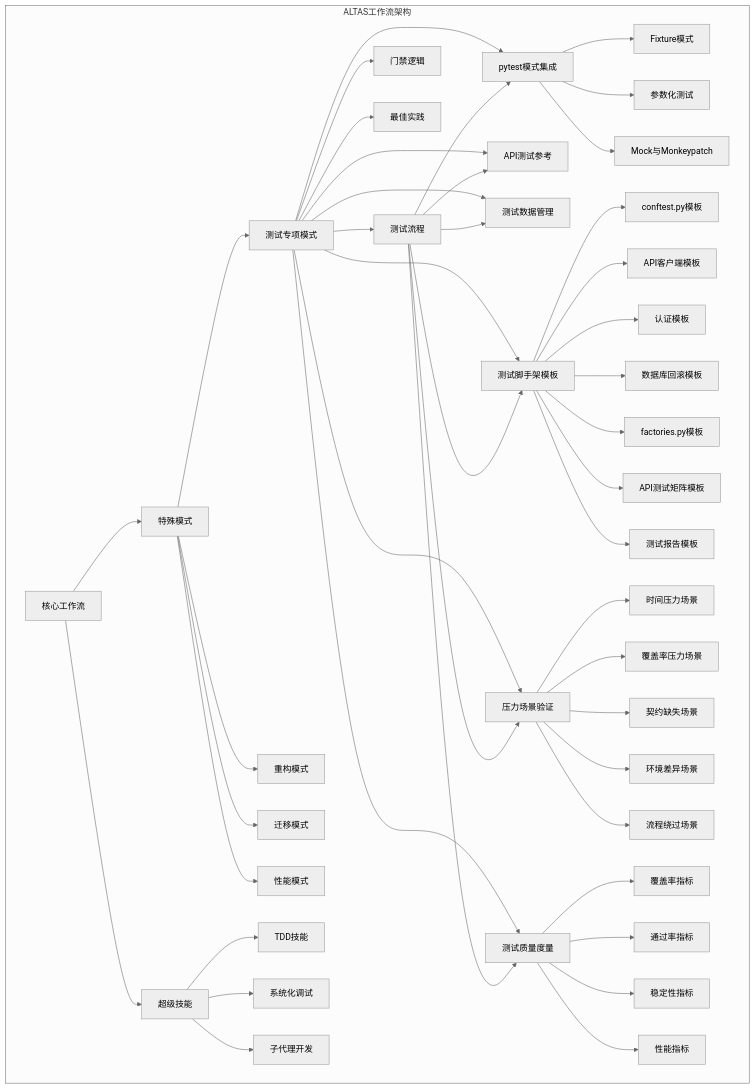
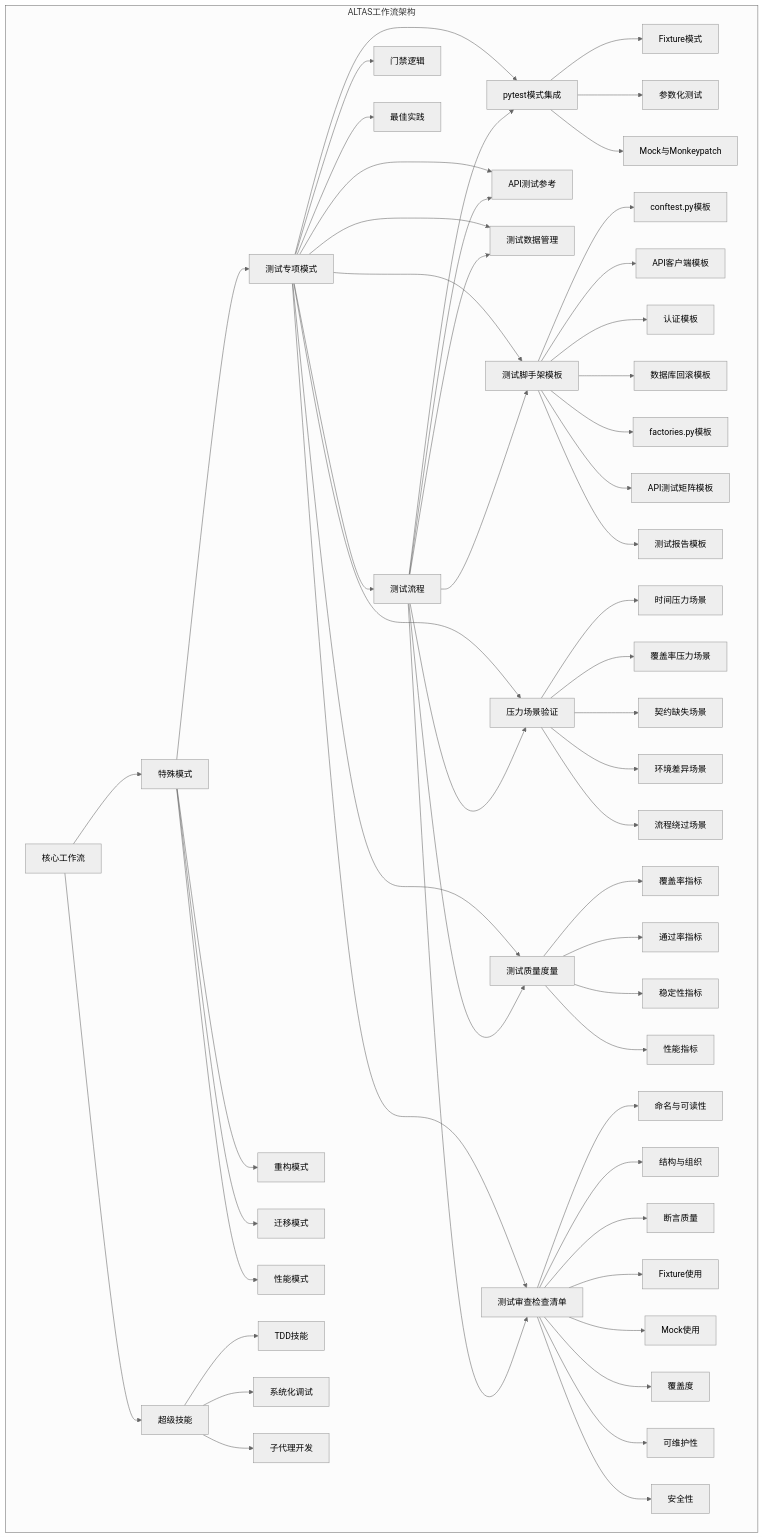
The first of 27 diagrams in .qoder/repowiki/zh/content/测试专项模式.md (AngelWings1997/altas), drawn with Mermaid (neutral theme) before and after one commit. The commit also changed other lines of this file and 16 other files, not shown here.

````diff
--- a/.qoder/repowiki/zh/content/测试专项模式.md
+++ b/.qoder/repowiki/zh/content/测试专项模式.md
@@ -66,48 +68,58 @@
 ```mermaid
 graph TB
 subgraph "ALTAS工作流架构"
 A[核心工作流] --> B[特殊模式]
 A --> C[超级技能]
 B --> D[测试专项模式]
 B --> E[重构模式]
 B --> F[迁移模式]
 B --> G[性能模式]
 C --> H[TDD技能]
 C --> I[系统化调试]
 C --> J[子代理开发]
 D --> K[测试流程]
 D --> L[门禁逻辑]
 D --> M[最佳实践]
 D --> N[pytest模式集成]
 D --> O[API测试参考]
 D --> P[测试数据管理]
 D --> Q[测试脚手架模板]
 D --> R[压力场景验证]
 D --> S[测试质量度量]
+D --> T[测试审查检查清单]
 K --> N
 K --> O
 K --> P
 K --> Q
 K --> R
 K --> S
-N --> T[Fixture模式]
-N --> U[参数化测试]
-N --> V[Mock与Monkeypatch]
-Q --> W[conftest.py模板]
-Q --> X[API客户端模板]
-Q --> Y[认证模板]
-Q --> Z[数据库回滚模板]
-Q --> AA[factories.py模板]
-Q --> BB[API测试矩阵模板]
-Q --> CC[测试报告模板]
-R --> DD[时间压力场景]
-R --> EE[覆盖率压力场景]
-R --> FF[契约缺失场景]
-R --> GG[环境差异场景]
-R --> HH[流程绕过场景]
-S --> II[覆盖率指标]
-S --> JJ[通过率指标]
-S --> KK[稳定性指标]
-S --> LL[性能指标]
+K --> T
+N --> U[Fixture模式]
+N --> V[参数化测试]
+N --> W[Mock与Monkeypatch]
+Q --> X[conftest.py模板]
+Q --> Y[API客户端模板]
+Q --> Z[认证模板]
+Q --> AA[数据库回滚模板]
+Q --> BB[factories.py模板]
+Q --> CC[API测试矩阵模板]
+Q --> DD[测试报告模板]
+R --> EE[时间压力场景]
+R --> FF[覆盖率压力场景]
+R --> GG[契约缺失场景]
+R --> HH[环境差异场景]
+R --> II[流程绕过场景]
+S --> JJ[覆盖率指标]
+S --> KK[通过率指标]
+S --> LL[稳定性指标]
+S --> MM[性能指标]
+T --> NN[命名与可读性]
+T --> OO[结构与组织]
+T --> PP[断言质量]
+T --> QQ[Fixture使用]
+T --> RR[Mock使用]
+T --> SS[覆盖度]
+T --> TT[可维护性]
+T --> UU[安全性]
 end
 ```
````
